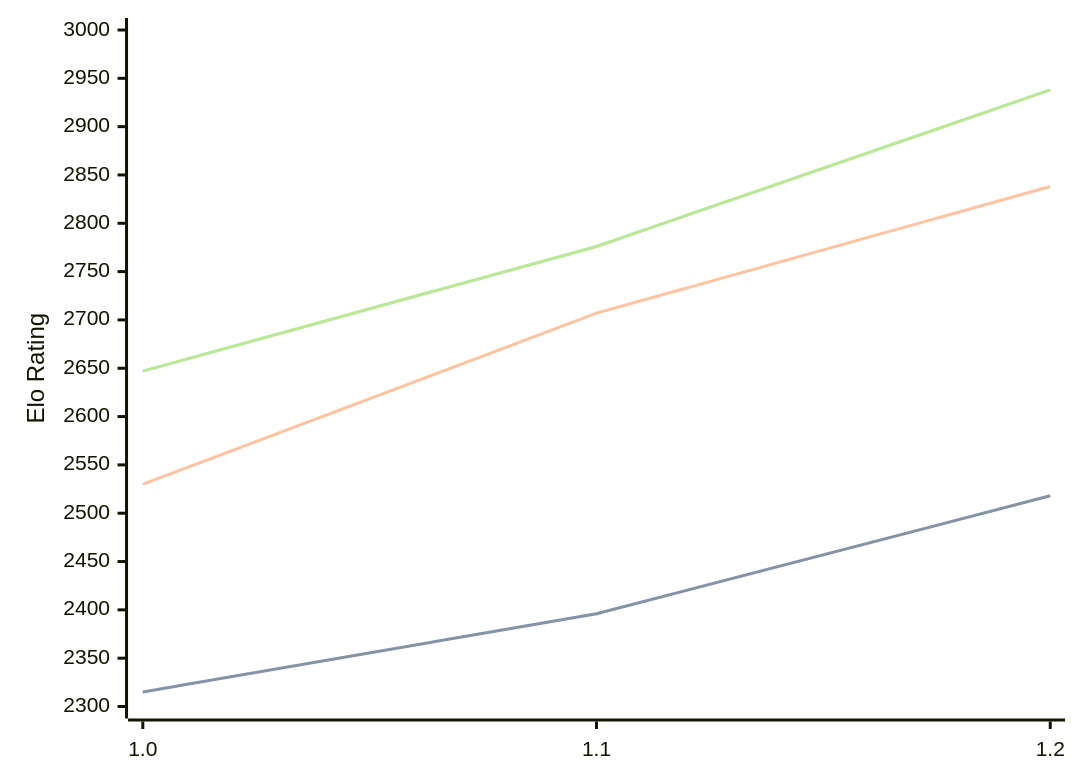
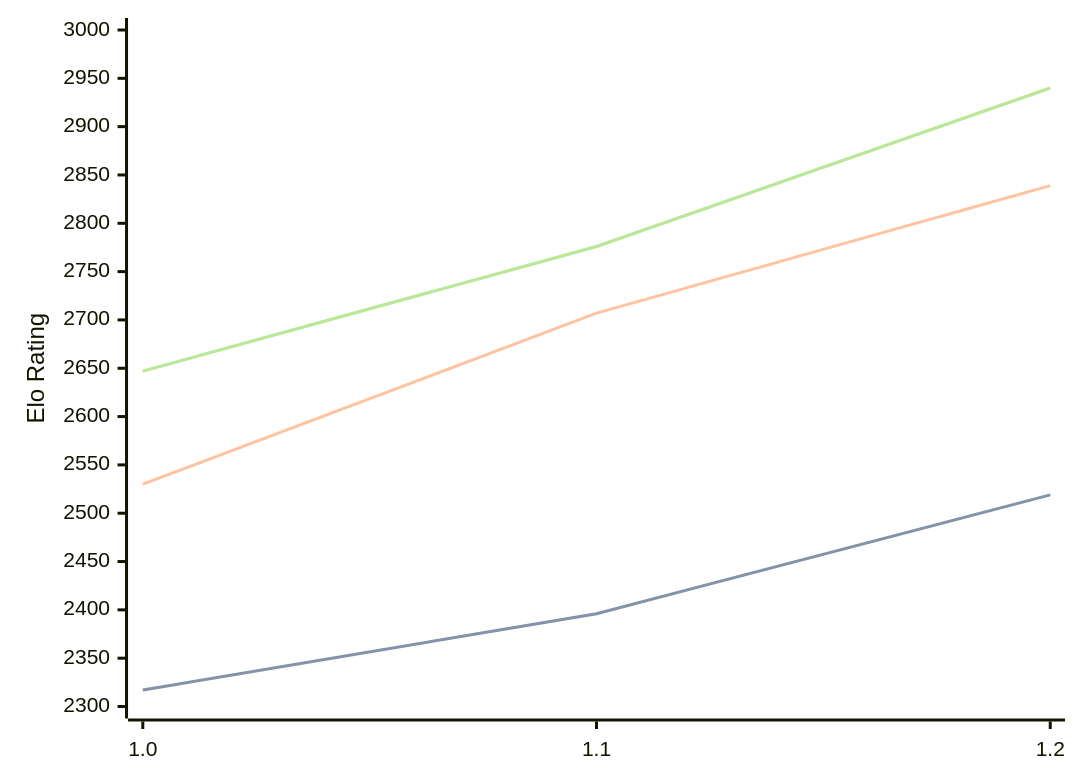
One commit to computer-chess-index/cci changed the diagram in engines/FoxChess.md. Above: the diagram before and after it, drawn with Mermaid. The commit also changed other lines of this file, not shown here.

Commit message:
Update CCI Ratings (ELO VLTC) - 2026-08-29

````diff
--- a/engines/FoxChess.md
+++ b/engines/FoxChess.md
@@ -33,11 +33,11 @@
 ```mermaid
 %%{init: {"theme":"base","themeVariables":{"seriesColors:['#a3a3a3','#222221','#faa371']}}}%%
 xychart-beta
   x-axis ["1.0", "1.1", "1.2"]
   y-axis "Elo Rating" 2300 --> 3000
-  line "" [2315, 2396, 2518]
-  line "STC (8.0+0.08s)" [2315, 2396, 2518]
-  line "LTC (60.0+0.60s)" [2530, 2707, 2838]
-  line "" [2647, 2776, 2938]
-  line "VLTC (2m24s+1.12s)" [2647, 2776, 2938]
+  line "" [2317, 2396, 2519]
+  line "STC (8.0+0.08s)" [2317, 2396, 2519]
+  line "LTC (60.0+0.60s)" [2530, 2707, 2839]
+  line "" [2647, 2776, 2940]
+  line "VLTC (2m24s+1.12s)" [2647, 2776, 2940]
 ```
````
